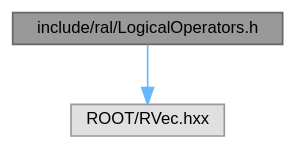
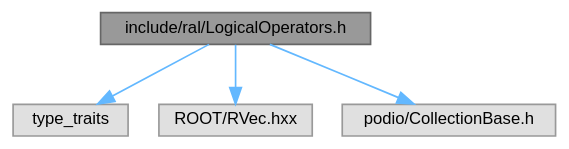
Before and after one commit to kjvbrt/ral: the diagram in docs/LogicalOperators_8h__incl.dot, drawn with Graphviz. The commit also changed 23 other files, not shown here.

```diff
--- a/docs/LogicalOperators_8h__incl.dot
+++ b/docs/LogicalOperators_8h__incl.dot
@@ -1,10 +1,14 @@
 digraph "include/ral/LogicalOperators.h"
 {
  // LATEX_PDF_SIZE
   bgcolor="transparent";
   edge [fontname=Helvetica,fontsize=10,labelfontname=Helvetica,labelfontsize=10];
   node [fontname=Helvetica,fontsize=10,shape=box,height=0.2,width=0.4];
   Node1 [id="Node000001",label="include/ral/LogicalOperators.h",height=0.2,width=0.4,color="gray40", fillcolor="grey60", style="filled", fontcolor="black",tooltip=" "];
   Node1 -> Node2 [id="edge1_Node000001_Node000002",color="steelblue1",style="solid",tooltip=" "];
-  Node2 [id="Node000002",label="ROOT/RVec.hxx",height=0.2,width=0.4,color="grey60", fillcolor="#E0E0E0", style="filled",tooltip=" "];
+  Node2 [id="Node000002",label="type_traits",height=0.2,width=0.4,color="grey60", fillcolor="#E0E0E0", style="filled",tooltip=" "];
+  Node1 -> Node3 [id="edge2_Node000001_Node000003",color="steelblue1",style="solid",tooltip=" "];
+  Node3 [id="Node000003",label="ROOT/RVec.hxx",height=0.2,width=0.4,color="grey60", fillcolor="#E0E0E0", style="filled",tooltip=" "];
+  Node1 -> Node4 [id="edge3_Node000001_Node000004",color="steelblue1",style="solid",tooltip=" "];
+  Node4 [id="Node000004",label="podio/CollectionBase.h",height=0.2,width=0.4,color="grey60", fillcolor="#E0E0E0", style="filled",tooltip=" "];
 }
```
